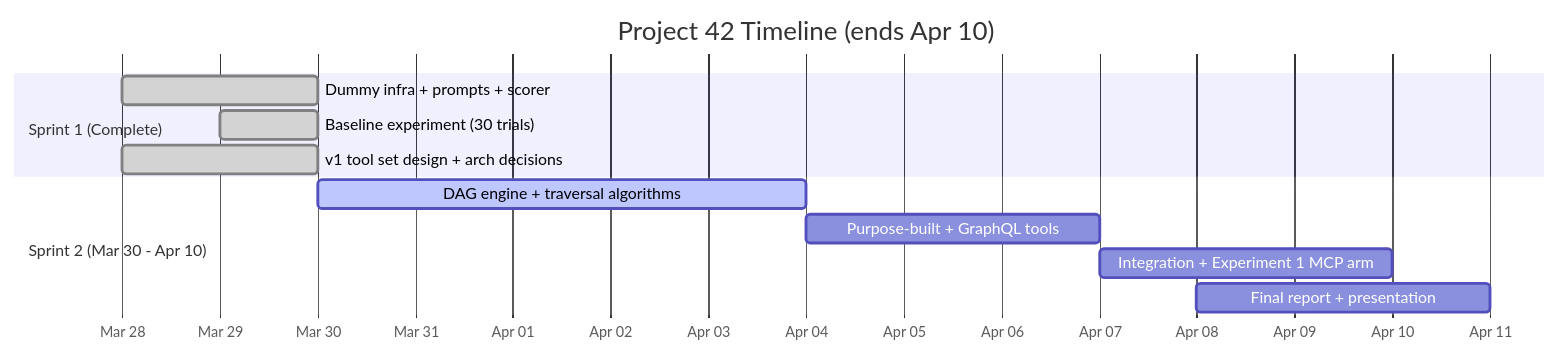
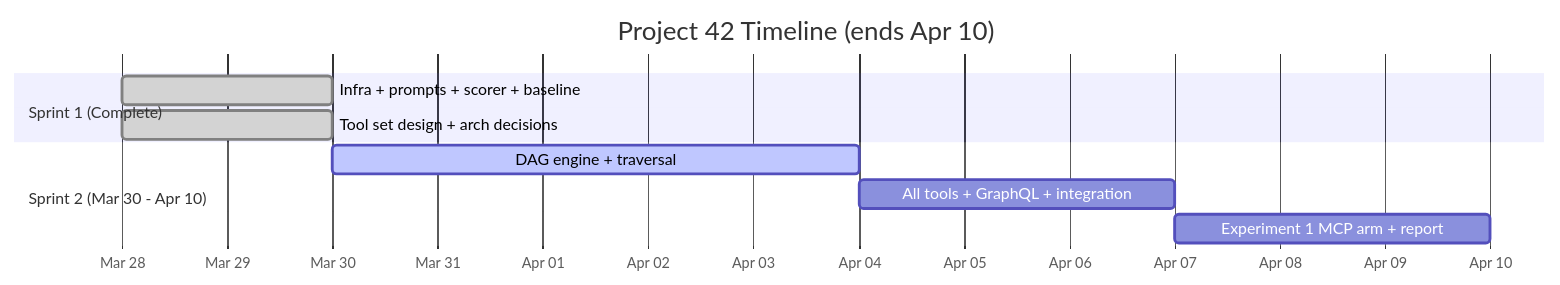
Before and after one commit to KalharPandya/terraform-smart-context-mcp-42: the first of 2 diagrams in reports/progress-report.md, drawn with Mermaid. The commit also changed other lines of this file, not shown here.

First line of the commit message:
Kalhar: aggressively compact progress report to fit 5 pages

````diff
--- a/reports/progress-report.md
+++ b/reports/progress-report.md
@@ -53,15 +23,13 @@
 ```mermaid
 gantt
     title Project 42 Timeline (ends Apr 10)
     dateFormat YYYY-MM-DD
     axisFormat %b %d
     section Sprint 1 (Complete)
-    Dummy infra + prompts + scorer     :done, s1a, 2026-03-28, 2d
-    Baseline experiment (30 trials)    :done, s1b, 2026-03-29, 1d
-    v1 tool set design + arch decisions:done, s1c, 2026-03-28, 2d
+    Infra + prompts + scorer + baseline :done, s1a, 2026-03-28, 2d
+    Tool set design + arch decisions    :done, s1b, 2026-03-28, 2d
     section Sprint 2 (Mar 30 - Apr 10)
-    DAG engine + traversal algorithms  :active, s2a, 2026-03-30, 5d
-    Purpose-built + GraphQL tools      :s2b, after s2a, 3d
-    Integration + Experiment 1 MCP arm :s2c, after s2b, 3d
-    Final report + presentation        :s2d, 2026-04-08, 3d
+    DAG engine + traversal              :active, s2a, 2026-03-30, 5d
+    All tools + GraphQL + integration   :s2b, after s2a, 3d
+    Experiment 1 MCP arm + report       :s2c, after s2b, 3d
 ```
````
